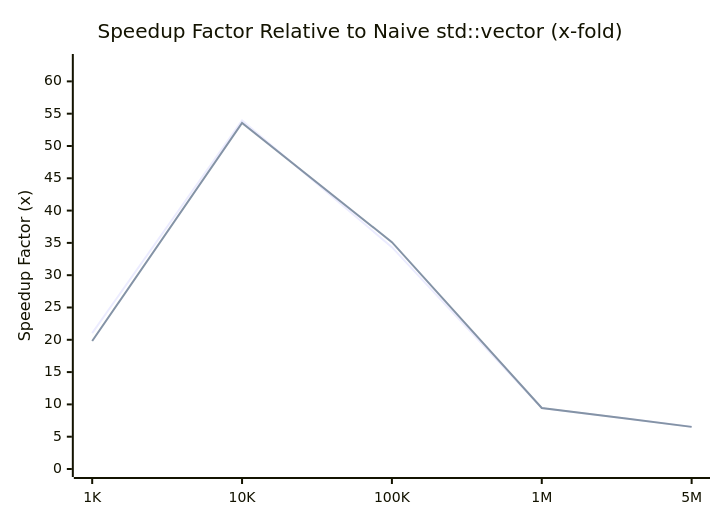
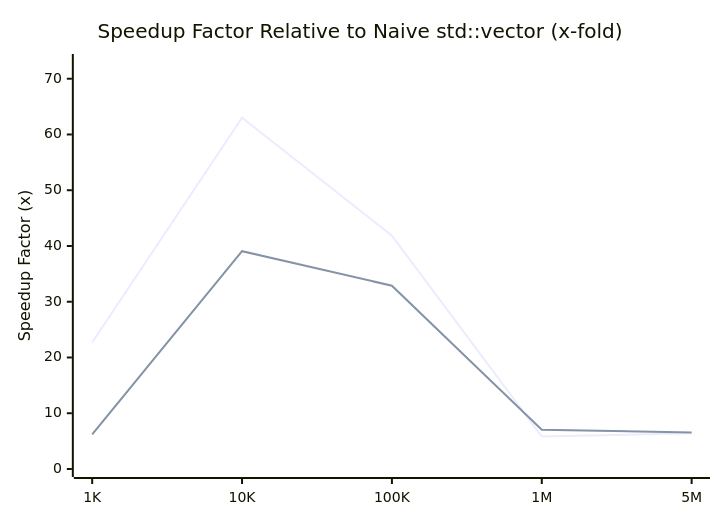
The second of 2 diagrams in README.md (maithreyanprabhu2907-prog/Vector), drawn with Mermaid before and after one commit. The commit also changed other lines of this file and 17 other files, not shown here.

````diff
--- a/README.md
+++ b/README.md
@@ -292,8 +332,8 @@
 ```mermaid
 xychart-beta
     title "Speedup Factor Relative to Naive std::vector (x-fold)"
     x-axis ["1K", "10K", "100K", "1M", "5M"]
-    y-axis "Speedup Factor (x)" 0 --> 63
-    line [21.04, 53.95, 34.34, 9.42, 6.54]
-    line [19.82, 53.57, 35.11, 9.45, 6.52]
+    y-axis "Speedup Factor (x)" 0 --> 73
+    line [22.71, 63.00, 41.86, 5.82, 6.42]
+    line [6.21, 39.06, 32.88, 7.03, 6.56]
 ```
````
